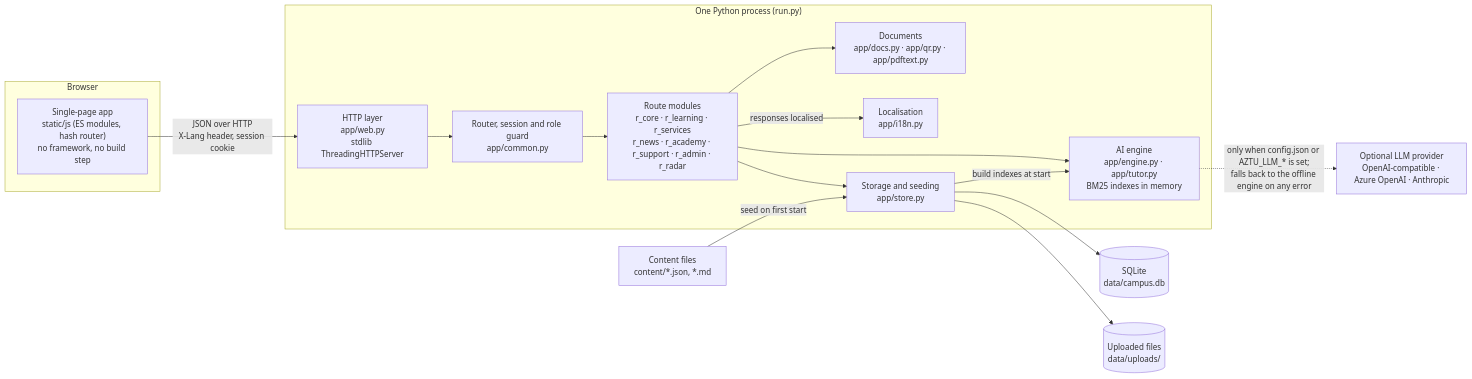
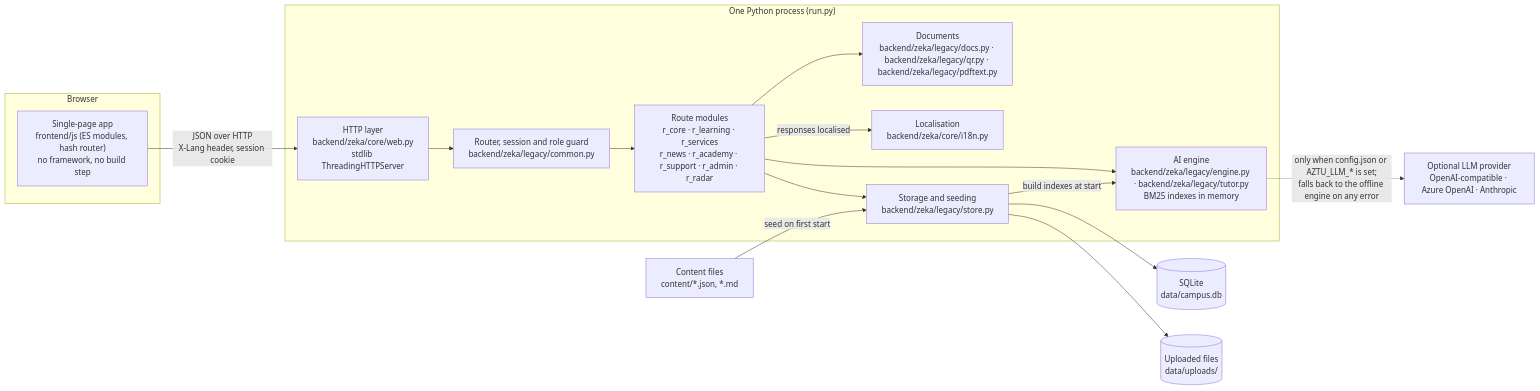
The diagram in README.md (MrHerc/AzTU-Zeka), drawn with Mermaid before and after one commit. The commit also changed other lines of this file and 52 other files, not shown here.

````diff
--- a/README.md
+++ b/README.md
@@ -93,33 +93,33 @@
 ```mermaid
 flowchart LR
   subgraph Client["Browser"]
-    SPA["Single-page app<br/>static/js (ES modules, hash router)<br/>no framework, no build step"]
+    SPA["Single-page app<br/>frontend/js (ES modules, hash router)<br/>no framework, no build step"]
   end
 
   subgraph Server["One Python process (run.py)"]
-    HTTP["HTTP layer<br/>app/web.py<br/>stdlib ThreadingHTTPServer"]
-    Guard["Router, session and role guard<br/>app/common.py"]
+    HTTP["HTTP layer<br/>backend/zeka/core/web.py<br/>stdlib ThreadingHTTPServer"]
+    Guard["Router, session and role guard<br/>backend/zeka/legacy/common.py"]
     Routes["Route modules<br/>r_core · r_learning · r_services<br/>r_news · r_academy · r_support · r_admin · r_radar"]
-    Engine["AI engine<br/>app/engine.py · app/tutor.py<br/>BM25 indexes in memory"]
-    Docs["Documents<br/>app/docs.py · app/qr.py · app/pdftext.py"]
-    I18N["Localisation<br/>app/i18n.py"]
-    Store["Storage and seeding<br/>app/store.py"]
+    Engine["AI engine<br/>backend/zeka/legacy/engine.py · backend/zeka/legacy/tutor.py<br/>BM25 indexes in memory"]
+    Docs["Documents<br/>backend/zeka/legacy/docs.py · backend/zeka/legacy/qr.py · backend/zeka/legacy/pdftext.py"]
+    I18N["Localisation<br/>backend/zeka/core/i18n.py"]
+    Store["Storage and seeding<br/>backend/zeka/legacy/store.py"]
   end
 
   DB[("SQLite<br/>data/campus.db")]
   Uploads[("Uploaded files<br/>data/uploads/")]
   Content["Content files<br/>content/*.json, *.md"]
   LLM["Optional LLM provider<br/>OpenAI-compatible · Azure OpenAI · Anthropic"]
 
   SPA -- "JSON over HTTP<br/>X-Lang header, session cookie" --> HTTP
   HTTP --> Guard --> Routes
   Routes --> Engine
   Routes --> Docs
   Routes --> Store
   Routes -- "responses localised" --> I18N
   Store --> DB
   Store --> Uploads
   Content -- "seed on first start" --> Store
   Store -- "build indexes at start" --> Engine
   Engine -. "only when config.json or AZTU_LLM_* is set;<br/>falls back to the offline engine on any error" .-> LLM
 ```
````
